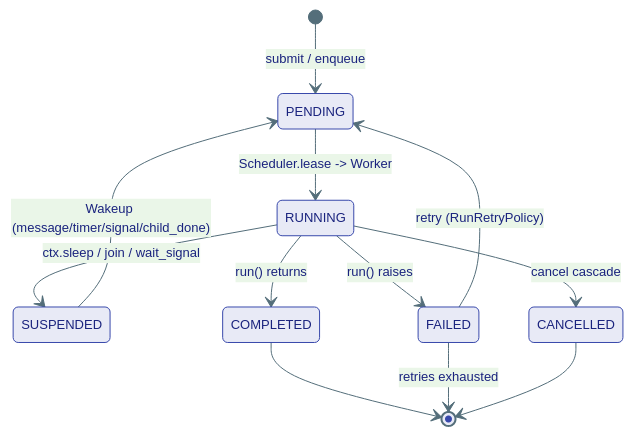
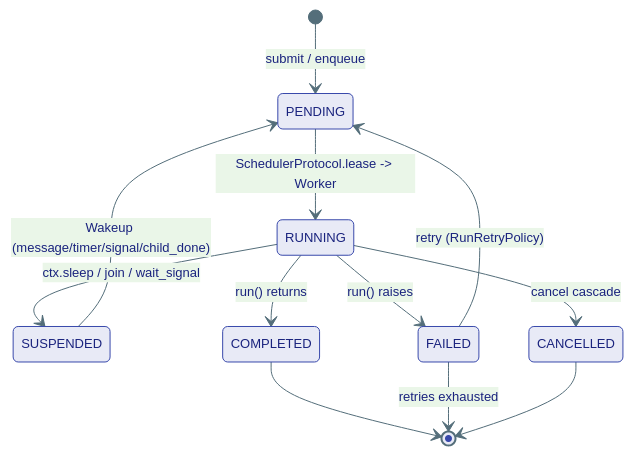
Before and after one commit to Ravikumarchavva/agent-substrate: the fourth of 6 diagrams in agents/agent-substrate/docs/kernel/07-runtime.md, drawn with Mermaid. The commit also changed other lines of this file and 133 other files, not shown here.

````diff
--- a/agents/agent-substrate/docs/kernel/07-runtime.md
+++ b/agents/agent-substrate/docs/kernel/07-runtime.md
@@ -374,15 +374,15 @@
 ```mermaid
 %%{init: {'theme': 'base', 'themeVariables': {'primaryColor': '#E8EAF6','primaryTextColor': '#1A237E','primaryBorderColor': '#3949AB','lineColor': '#546E7A','fontSize': '13px'}}}%%
 stateDiagram-v2
     [*] --> PENDING: submit / enqueue
-    PENDING --> RUNNING: Scheduler.lease -> Worker
+    PENDING --> RUNNING: SchedulerProtocol.lease -> Worker
     RUNNING --> SUSPENDED: ctx.sleep / join / wait_signal
     SUSPENDED --> PENDING: Wakeup (message/timer/signal/child_done)
     RUNNING --> COMPLETED: run() returns
     RUNNING --> FAILED: run() raises
     RUNNING --> CANCELLED: cancel cascade
     FAILED --> PENDING: retry (RunRetryPolicy)
     COMPLETED --> [*]
     FAILED --> [*]: retries exhausted
     CANCELLED --> [*]
 ```
````
